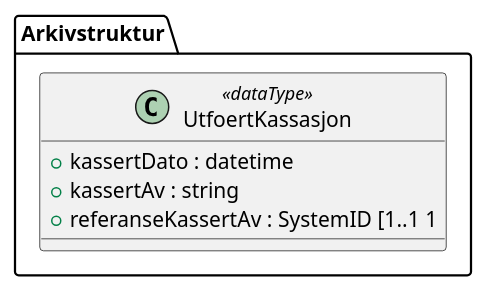
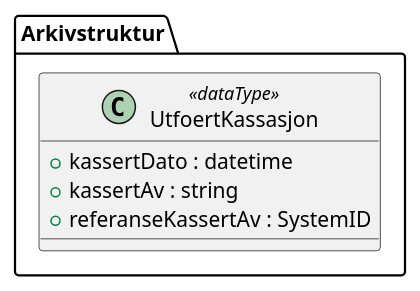
The diagram in kapitler/media/uml-datatype-utfoertkassasjon.iuml (arkivverket/noark5-tjenestegrensesnitt-standard), drawn with PlantUML before and after one commit. The commit also changed 1 other file, not shown here.

Commit message:
Korriger entitet for referanseKassertAv i UML.

```diff
--- a/kapitler/media/uml-datatype-utfoertkassasjon.iuml
+++ b/kapitler/media/uml-datatype-utfoertkassasjon.iuml
@@ -1,7 +1,7 @@
 @startuml
 class Arkivstruktur.UtfoertKassasjon <<dataType>> {
   +kassertDato : datetime
   +kassertAv : string
-  +referanseKassertAv : SystemID [1..1 1
+  +referanseKassertAv : SystemID
 }
 @enduml
```
